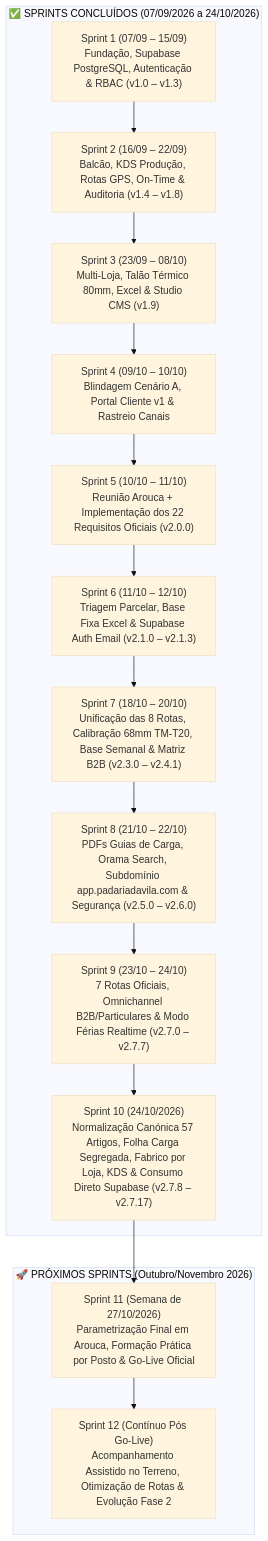
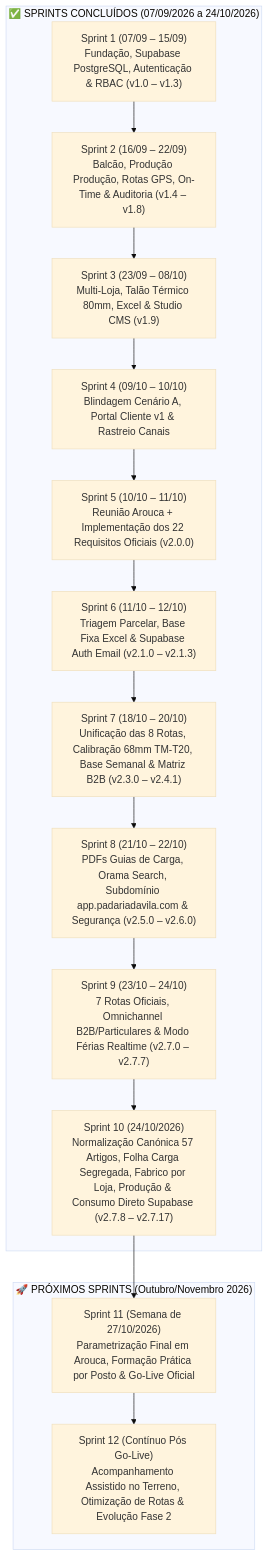
One commit to lfcarreiras/App-Padaria changed the diagram in docs/04_Dossier_Projeto_Cliente_Backlog_Horas_e_Oportunidades.md. Above: the diagram before and after it, drawn with Mermaid (base theme). The commit also changed other lines of this file and 17 other files, not shown here.

````diff
--- a/docs/04_Dossier_Projeto_Cliente_Backlog_Horas_e_Oportunidades.md
+++ b/docs/04_Dossier_Projeto_Cliente_Backlog_Horas_e_Oportunidades.md
@@ -119,22 +119,22 @@
 ```mermaid
 flowchart TD
     subgraph Concluidos ["✅ SPRINTS CONCLUÍDOS (07/09/2026 a 24/10/2026)"]
         SP1["Sprint 1 (07/09 – 15/09)\nFundação, Supabase PostgreSQL, Autenticação & RBAC (v1.0 – v1.3)"]
-        SP2["Sprint 2 (16/09 – 22/09)\nBalcão, KDS Produção, Rotas GPS, On-Time & Auditoria (v1.4 – v1.8)"]
+        SP2["Sprint 2 (16/09 – 22/09)\nBalcão, Produção Produção, Rotas GPS, On-Time & Auditoria (v1.4 – v1.8)"]
         SP3["Sprint 3 (23/09 – 08/10)\nMulti-Loja, Talão Térmico 80mm, Excel & Studio CMS (v1.9)"]
         SP4["Sprint 4 (09/10 – 10/10)\nBlindagem Cenário A, Portal Cliente v1 & Rastreio Canais"]
         SP5["Sprint 5 (10/10 – 11/10)\nReunião Arouca + Implementação dos 22 Requisitos Oficiais (v2.0.0)"]
         SP6["Sprint 6 (11/10 – 12/10)\nTriagem Parcelar, Base Fixa Excel & Supabase Auth Email (v2.1.0 – v2.1.3)"]
         SP7["Sprint 7 (18/10 – 20/10)\nUnificação das 8 Rotas, Calibração 68mm TM-T20, Base Semanal & Matriz B2B (v2.3.0 – v2.4.1)"]
         SP8["Sprint 8 (21/10 – 22/10)\nPDFs Guias de Carga, Orama Search, Subdomínio app.padariadavila.com & Segurança (v2.5.0 – v2.6.0)"]
         SP9["Sprint 9 (23/10 – 24/10)\n7 Rotas Oficiais, Omnichannel B2B/Particulares & Modo Férias Realtime (v2.7.0 – v2.7.7)"]
-        SP10["Sprint 10 (24/10/2026)\nNormalização Canónica 57 Artigos, Folha Carga Segregada, Fabrico por Loja, KDS & Consumo Direto Supabase (v2.7.8 – v2.7.17)"]
+        SP10["Sprint 10 (24/10/2026)\nNormalização Canónica 57 Artigos, Folha Carga Segregada, Fabrico por Loja, Produção & Consumo Direto Supabase (v2.7.8 – v2.7.17)"]
         SP1 --> SP2 --> SP3 --> SP4 --> SP5 --> SP6 --> SP7 --> SP8 --> SP9 --> SP10
     end
 
     subgraph Seguintes ["🚀 PRÓXIMOS SPRINTS (Outubro/Novembro 2026)"]
         SP11["Sprint 11 (Semana de 27/10/2026)\nParametrização Final em Arouca, Formação Prática por Posto & Go-Live Oficial"]
         SP12["Sprint 12 (Contínuo Pós Go-Live)\nAcompanhamento Assistido no Terreno, Otimização de Rotas & Evolução Fase 2"]
         SP10 --> SP11 --> SP12
     end
 ```
````
